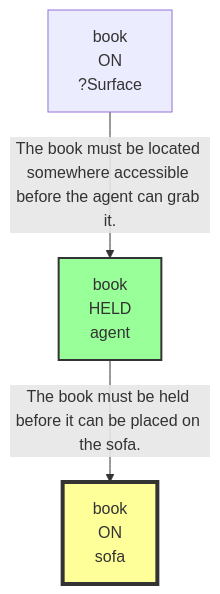
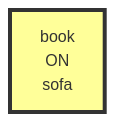
One commit to scuama/virtualhome changed the fifth of 13 diagrams in evaluation/results/table2/robostate/non_stationarity/low/E_DYN_G01_S3_low/run_E_DYN_G01_S3_low.md. Above: the diagram before and after it, drawn with Mermaid. The commit also changed other lines of this file and 108 other files, not shown here.

````diff
--- a/evaluation/results/table2/robostate/non_stationarity/low/E_DYN_G01_S3_low/run_E_DYN_G01_S3_low.md
+++ b/evaluation/results/table2/robostate/non_stationarity/low/E_DYN_G01_S3_low/run_E_DYN_G01_S3_low.md
@@ -368,10 +273,5 @@
 ```mermaid
 graph TD
     N1["book<br>ON<br>sofa"]
     style N1 fill:#ff9,stroke:#333,stroke-width:4px
-    N2["book<br>HELD<br>agent"]
-    style N2 fill:#9f9,stroke:#333,stroke-width:2px
-    N3["book<br>ON<br>?Surface"]
-    N2 -->|"The book must be held before it can be placed on the sofa."| N1
-    N3 -->|"The book must be located somewhere accessible before the agent can grab it."| N2
 ```
````
